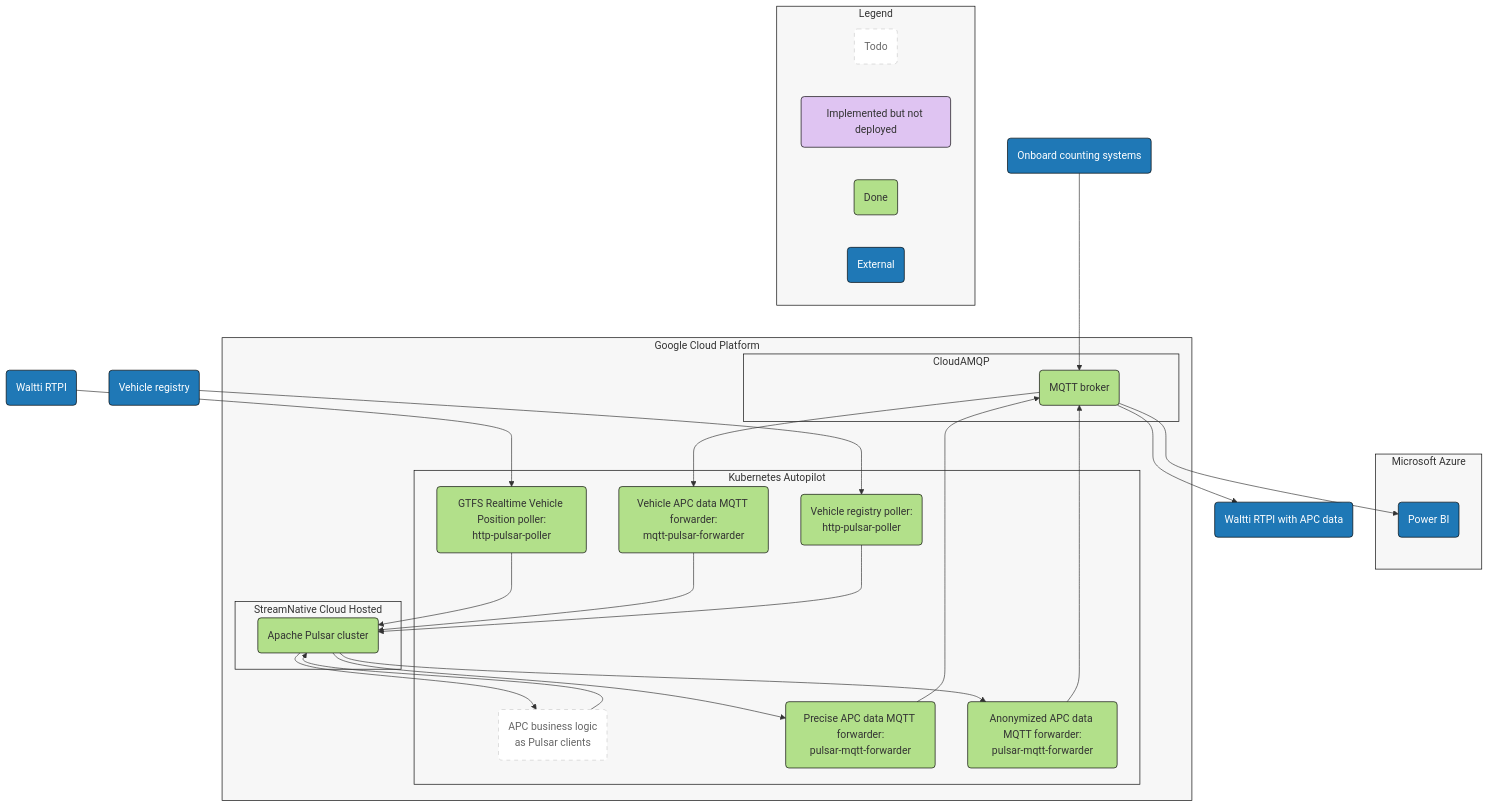
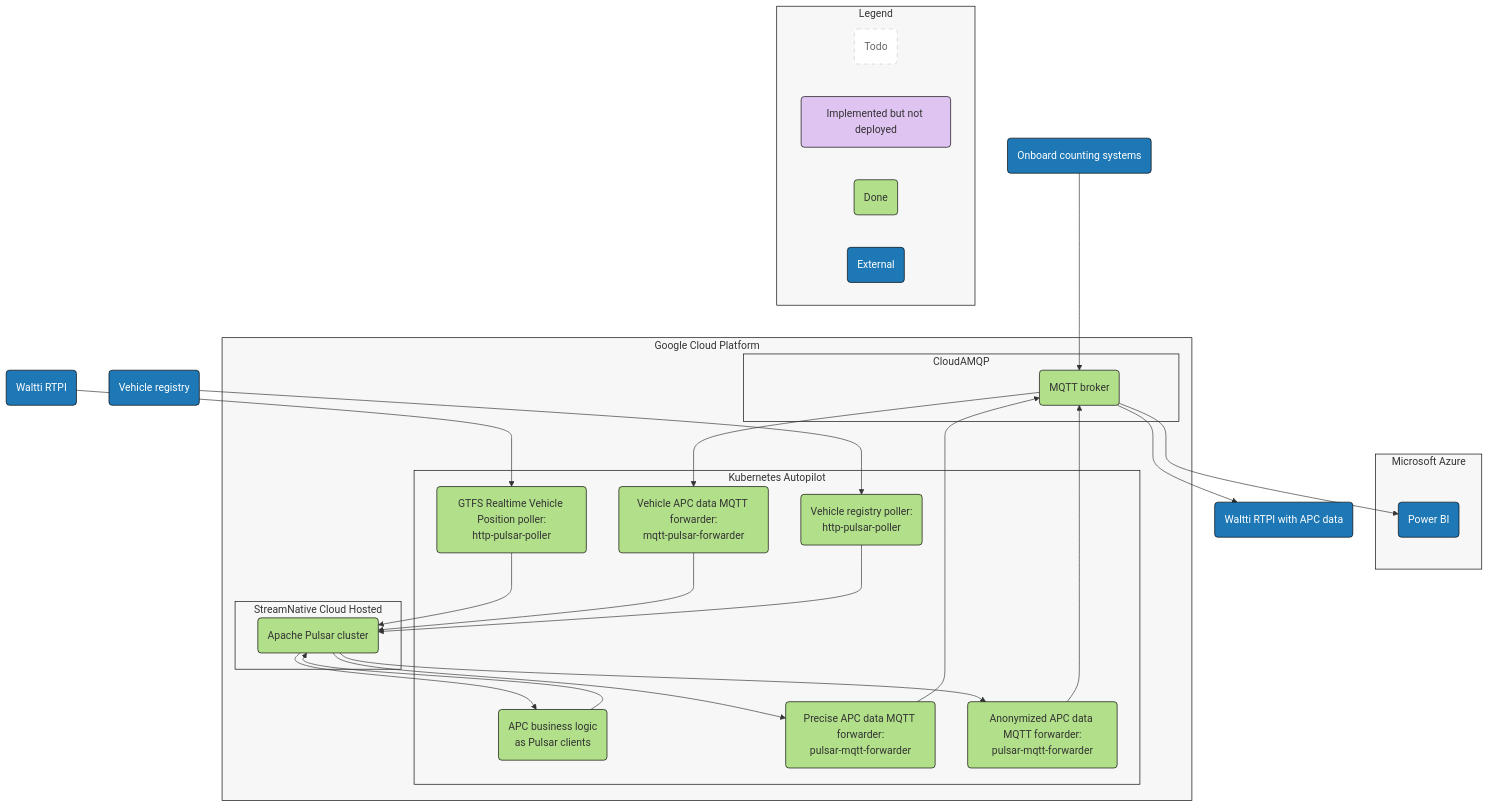
Before and after one commit to tvv-lippu-ja-maksujarjestelma-oy/waltti-apc: the first of 2 diagrams in README.md, drawn with Mermaid. The commit also changed other lines of this file, not shown here.

Commit message:
docs: Update architecture diagrams

```diff
--- a/README.md
+++ b/README.md
@@ -62,6 +62,7 @@
   class mqtt done
   class mqttpulsarforwarder done
   class pulsar done
+  class pulsarclients done
   class pulsarmqttforwardertopowerbi done
   class pulsarmqttforwardertortpioutput done
   class vehicleregistryapiuser done
@@ -85,7 +86,6 @@
   classDef implemented fill:#dfc4f2,stroke:#000
 
   classDef todo fill:#fff,stroke:#ccc,stroke-width:1px,color:#666,stroke-dasharray: 6 6
-  class pulsarclients todo
 
   %% Legend
 
```
